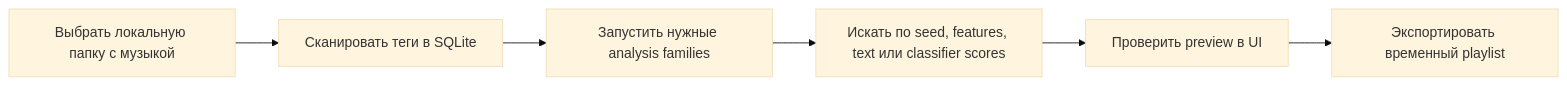
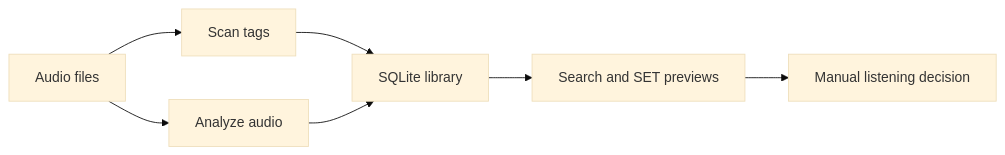
Before and after one commit to MeteorBurn/dj-track-similarity: the diagram in docs/dj-track-similarity/ru/index.md, drawn with Mermaid (base theme). The commit also changed other lines of this file and 564 other files, not shown here.

````diff
--- a/docs/dj-track-similarity/ru/index.md
+++ b/docs/dj-track-similarity/ru/index.md
@@ -129,8 +11,9 @@
 ```mermaid
 flowchart LR
-    A[Выбрать локальную папку с музыкой] --> B[Сканировать теги в SQLite]
-    B --> C[Запустить нужные analysis families]
-    C --> D[Искать по seed, features, text или classifier scores]
-    D --> E[Проверить preview в UI]
-    E --> F[Экспортировать временный playlist]
+    A[Audio files] --> B[Scan tags]
+    B --> C[SQLite library]
+    A --> D[Analyze audio]
+    D --> C
+    C --> E[Search and SET previews]
+    E --> F[Manual listening decision]
 ```
````
